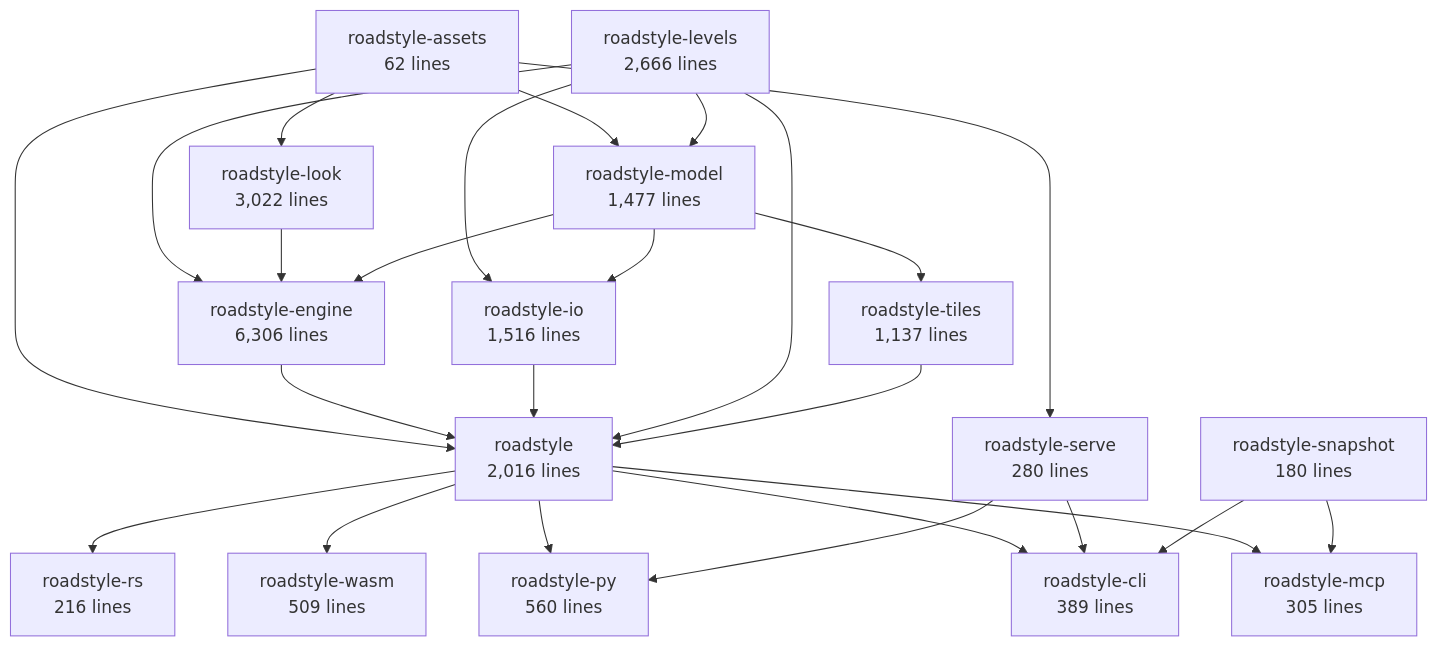
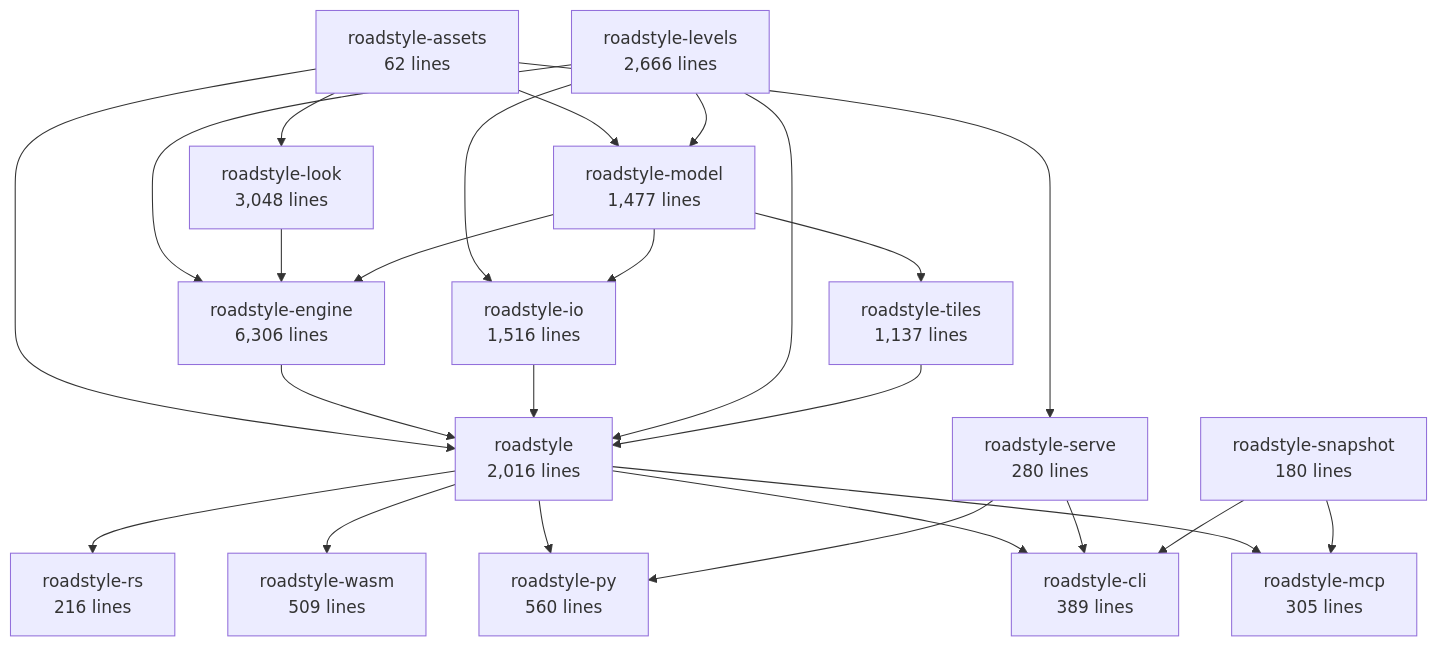
Before and after one commit to Khoshkhah/roadstyle: the second of 6 diagrams in docs/rust/architecture.md, drawn with Mermaid. The commit also changed other lines of this file and 7 other files, not shown here.

First line of the commit message:
roadstyle-look: the look crate's readers read the typed sections (T3 step 3)

````diff
--- a/docs/rust/architecture.md
+++ b/docs/rust/architecture.md
@@ -70,42 +70,42 @@
 ```mermaid
 flowchart TB
     roadstyle_assets["roadstyle-assets<br/>62 lines"]
     roadstyle_model["roadstyle-model<br/>1,477 lines"]
-    roadstyle_look["roadstyle-look<br/>3,022 lines"]
+    roadstyle_look["roadstyle-look<br/>3,048 lines"]
     roadstyle_io["roadstyle-io<br/>1,516 lines"]
     roadstyle_levels["roadstyle-levels<br/>2,666 lines"]
     roadstyle_engine["roadstyle-engine<br/>6,306 lines"]
     roadstyle_tiles["roadstyle-tiles<br/>1,137 lines"]
     roadstyle["roadstyle<br/>2,016 lines"]
     roadstyle_rs["roadstyle-rs<br/>216 lines"]
     roadstyle_wasm["roadstyle-wasm<br/>509 lines"]
     roadstyle_py["roadstyle-py<br/>560 lines"]
     roadstyle_cli["roadstyle-cli<br/>389 lines"]
     roadstyle_mcp["roadstyle-mcp<br/>305 lines"]
     roadstyle_serve["roadstyle-serve<br/>280 lines"]
     roadstyle_snapshot["roadstyle-snapshot<br/>180 lines"]
     roadstyle_assets --> roadstyle_model
     roadstyle_levels --> roadstyle_model
     roadstyle_assets --> roadstyle_look
     roadstyle_levels --> roadstyle_io
     roadstyle_model --> roadstyle_io
     roadstyle_levels --> roadstyle_engine
     roadstyle_look --> roadstyle_engine
     roadstyle_model --> roadstyle_engine
     roadstyle_model --> roadstyle_tiles
     roadstyle_assets --> roadstyle
     roadstyle_engine --> roadstyle
     roadstyle_io --> roadstyle
     roadstyle_levels --> roadstyle
     roadstyle_tiles --> roadstyle
     roadstyle --> roadstyle_rs
     roadstyle --> roadstyle_wasm
     roadstyle --> roadstyle_py
     roadstyle_serve --> roadstyle_py
     roadstyle --> roadstyle_cli
     roadstyle_serve --> roadstyle_cli
     roadstyle_snapshot --> roadstyle_cli
     roadstyle --> roadstyle_mcp
     roadstyle_snapshot --> roadstyle_mcp
     roadstyle_assets --> roadstyle_serve
 ```
````
